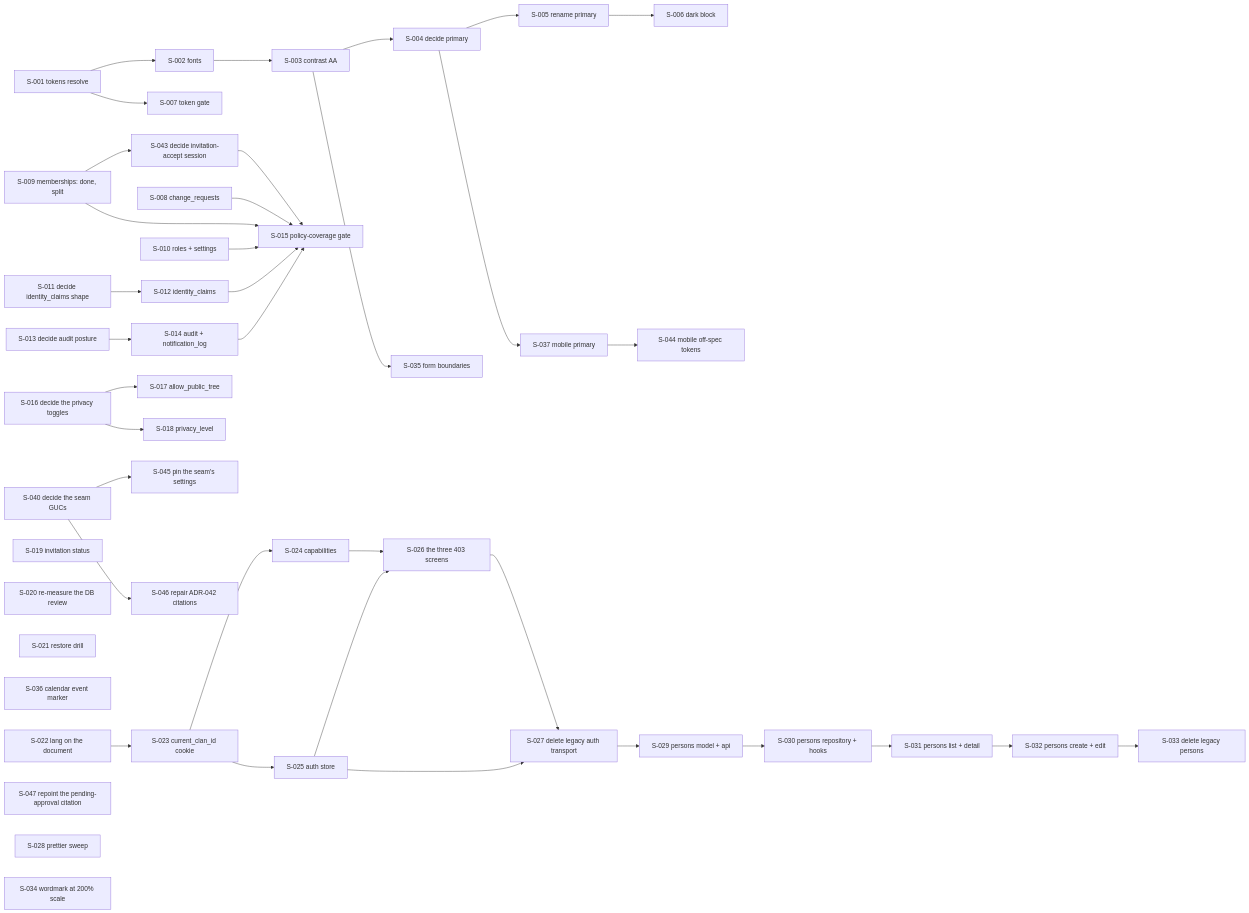
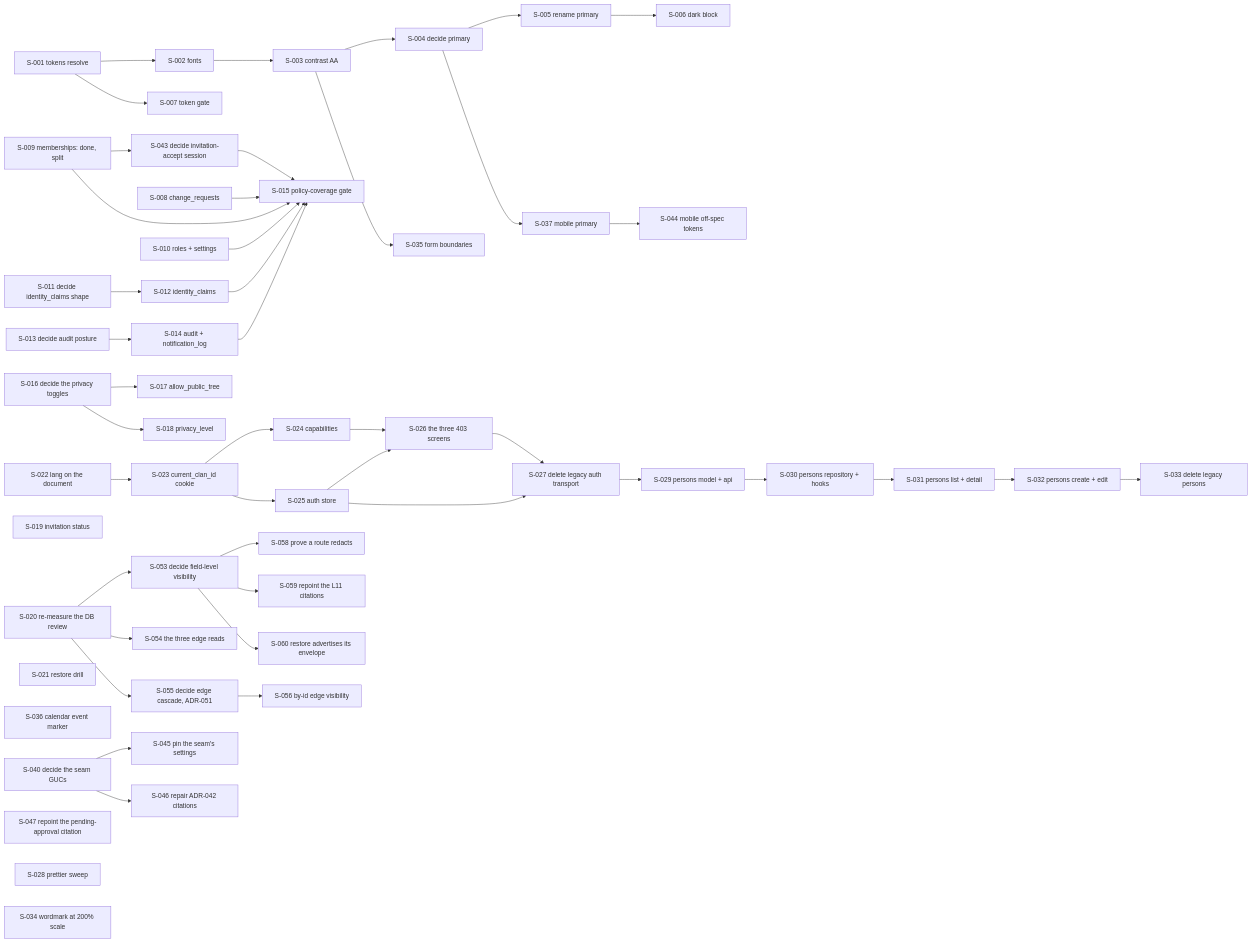
The diagram in docs/SEEDS.md (namphuongtran/familyroots), drawn with Mermaid before and after one commit. The commit also changed other lines of this file and 15 other files, not shown here.

````diff
--- a/docs/SEEDS.md
+++ b/docs/SEEDS.md
@@ -513,46 +564,52 @@
 ```mermaid
 graph LR
   S001[S-001 tokens resolve] --> S002[S-002 fonts]
   S022[S-022 lang on the document] --> S023[S-023 current_clan_id cookie]
   S001 --> S007[S-007 token gate]
   S002 --> S003[S-003 contrast AA]
   S003 --> S004[S-004 decide primary]
   S004 --> S005[S-005 rename primary]
   S004 --> S037[S-037 mobile primary]
   S005 --> S006[S-006 dark block]
   S008[S-008 change_requests]
   S009[S-009 memberships: done, split] --> S043[S-043 decide invitation-accept session]
   S010[S-010 roles + settings]
   S011[S-011 decide identity_claims shape] --> S012[S-012 identity_claims]
   S013[S-013 decide audit posture] --> S014[S-014 audit + notification_log]
   S008 --> S015[S-015 policy-coverage gate]
   S009 --> S015
   S043 --> S015
   S010 --> S015
   S012 --> S015
   S014 --> S015
   S016[S-016 decide the privacy toggles] --> S017[S-017 allow_public_tree]
   S016 --> S018[S-018 privacy_level]
   S019[S-019 invitation status]
-  S020[S-020 re-measure the DB review]
+  S020[S-020 re-measure the DB review] --> S053
+  S020 --> S054[S-054 the three edge reads]
+  S020 --> S055[S-055 decide edge cascade, ADR-051]
   S021[S-021 restore drill]
   S023 --> S024[S-024 capabilities]
   S023 --> S025[S-025 auth store]
   S024 --> S026[S-026 the three 403 screens]
   S025 --> S026
   S025 --> S027[S-027 delete legacy auth transport]
   S026 --> S027
   S003 --> S035[S-035 form boundaries]
   S036[S-036 calendar event marker]
   S037 --> S044[S-044 mobile off-spec tokens]
   S040[S-040 decide the seam GUCs] --> S045[S-045 pin the seam's settings]
   S040 --> S046[S-046 repair ADR-042 citations]
   S047[S-047 repoint the pending-approval citation]
+  S053[S-053 decide field-level visibility] --> S058[S-058 prove a route redacts]
+  S053 --> S059[S-059 repoint the L11 citations]
+  S053 --> S060[S-060 restore advertises its envelope]
+  S055 --> S056[S-056 by-id edge visibility]
   S028[S-028 prettier sweep]
   S034[S-034 wordmark at 200% scale]
   S027 --> S029[S-029 persons model + api]
   S029 --> S030[S-030 persons repository + hooks]
   S030 --> S031[S-031 persons list + detail]
   S031 --> S032[S-032 persons create + edit]
   S032 --> S033[S-033 delete legacy persons]
 ```
````
